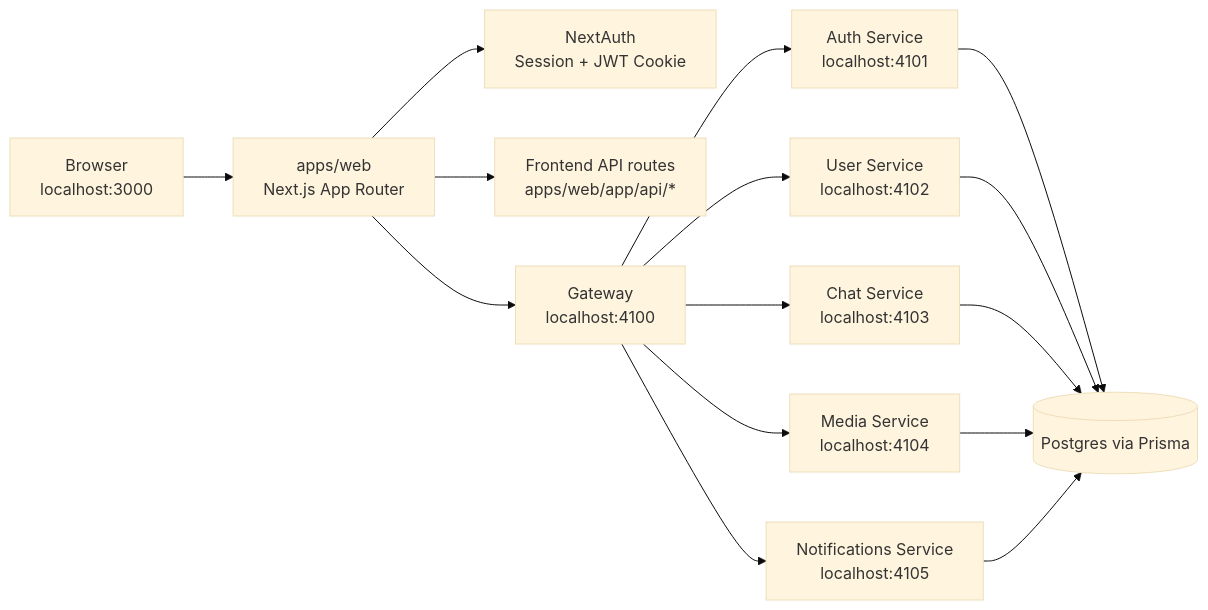
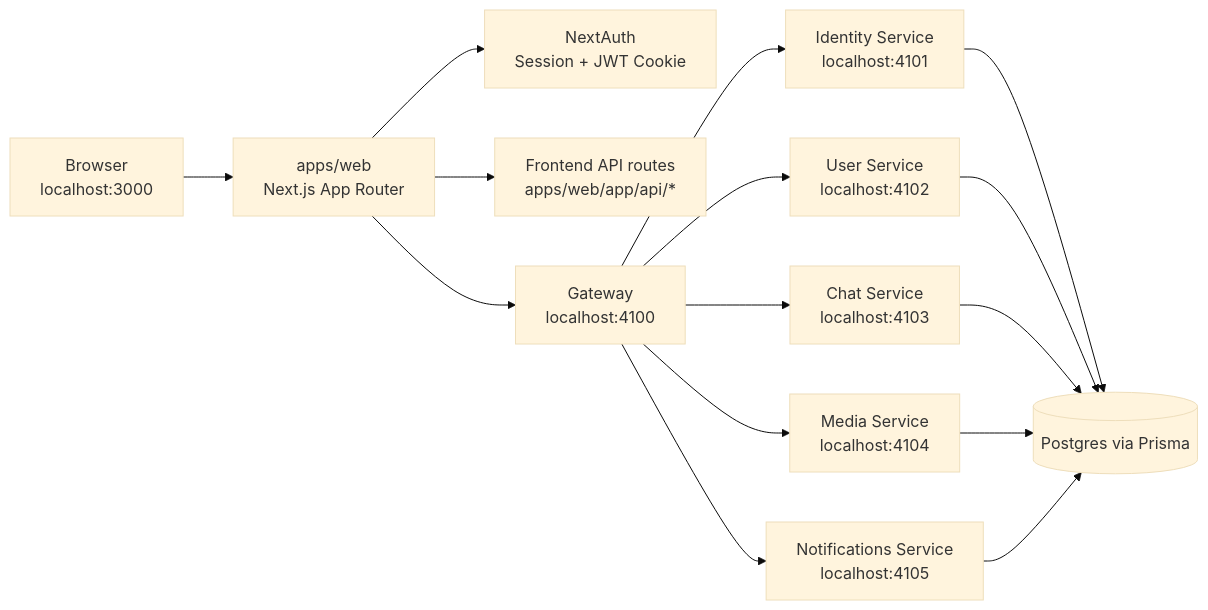
Before and after one commit to Sam231221/Yome: the first of 3 diagrams in docs/PROJECT_ARCHITECTURE_AND_WORKFLOWS.md, drawn with Mermaid (base theme). The commit also changed other lines of this file and 7 other files, not shown here.

First line of the commit message:
docs: B05 completeness audit — remove unused dep, fix stale auth-service prose

````diff
--- a/docs/PROJECT_ARCHITECTURE_AND_WORKFLOWS.md
+++ b/docs/PROJECT_ARCHITECTURE_AND_WORKFLOWS.md
@@ -45,19 +45,19 @@
 ```mermaid
 flowchart LR
     A[Browser<br/>localhost:3000] --> B[apps/web<br/>Next.js App Router]
     B --> C[NextAuth<br/>Session + JWT Cookie]
     B --> D[Frontend API routes<br/>apps/web/app/api/*]
     B --> E[Gateway<br/>localhost:4100]
 
-    E --> F[Auth Service<br/>localhost:4101]
+    E --> F[Identity Service<br/>localhost:4101]
     E --> G[User Service<br/>localhost:4102]
     E --> H[Chat Service<br/>localhost:4103]
     E --> I[Media Service<br/>localhost:4104]
     E --> J[Notifications Service<br/>localhost:4105]
 
     F --> K[(Postgres via Prisma)]
     G --> K
     H --> K
     I --> K
     J --> K
 ```
````
